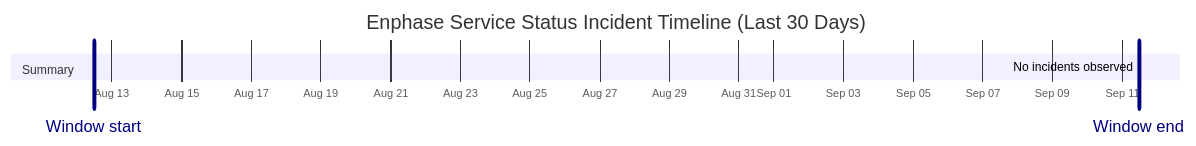
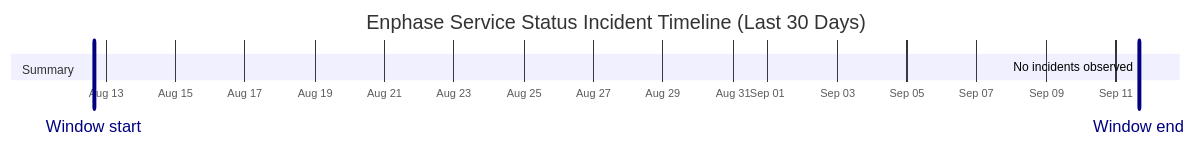
Before and after one commit to barneyonline/ha-enphase-energy: the diagram in wiki/Service-Status-History.md, drawn with Mermaid. The commit also changed other lines of this file and 3 other files, not shown here.

````diff
--- a/wiki/Service-Status-History.md
+++ b/wiki/Service-Status-History.md
@@ -14,10 +14,10 @@
 ```mermaid
 gantt
     title Enphase Service Status Incident Timeline (Last 30 Days)
     dateFormat  YYYY-MM-DDTHH:mm:ss
     axisFormat  %b %d
-    Window start :vert, window-start, 2026-08-12T11:40:01, 0ms
-    Window end :vert, window-end, 2026-09-11T11:40:01, 0ms
+    Window start :vert, window-start, 2026-08-12T15:53:51, 0ms
+    Window end :vert, window-end, 2026-09-11T15:53:51, 0ms
     section Summary
-    No incidents observed :done, 2026-09-11T11:40:01, 1m
+    No incidents observed :done, 2026-09-11T15:53:51, 1m
 ```
````
